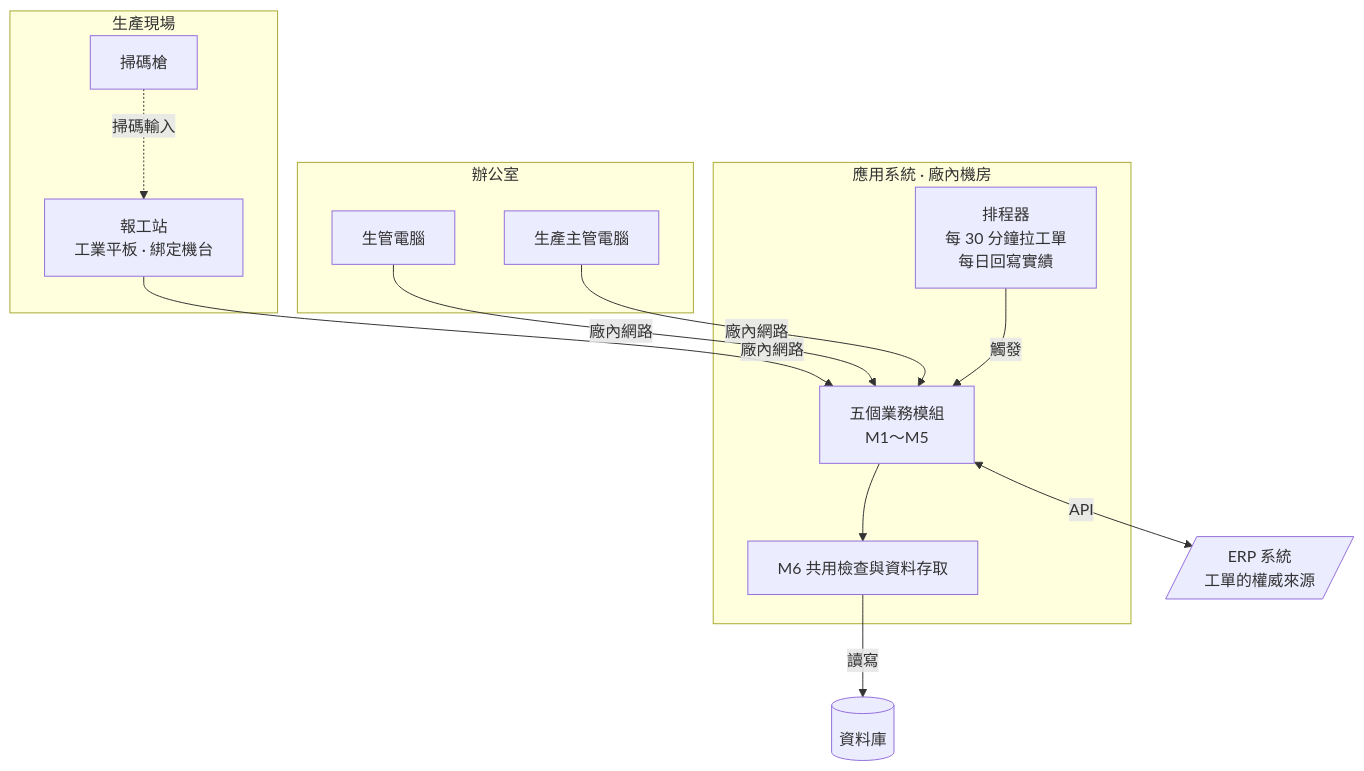
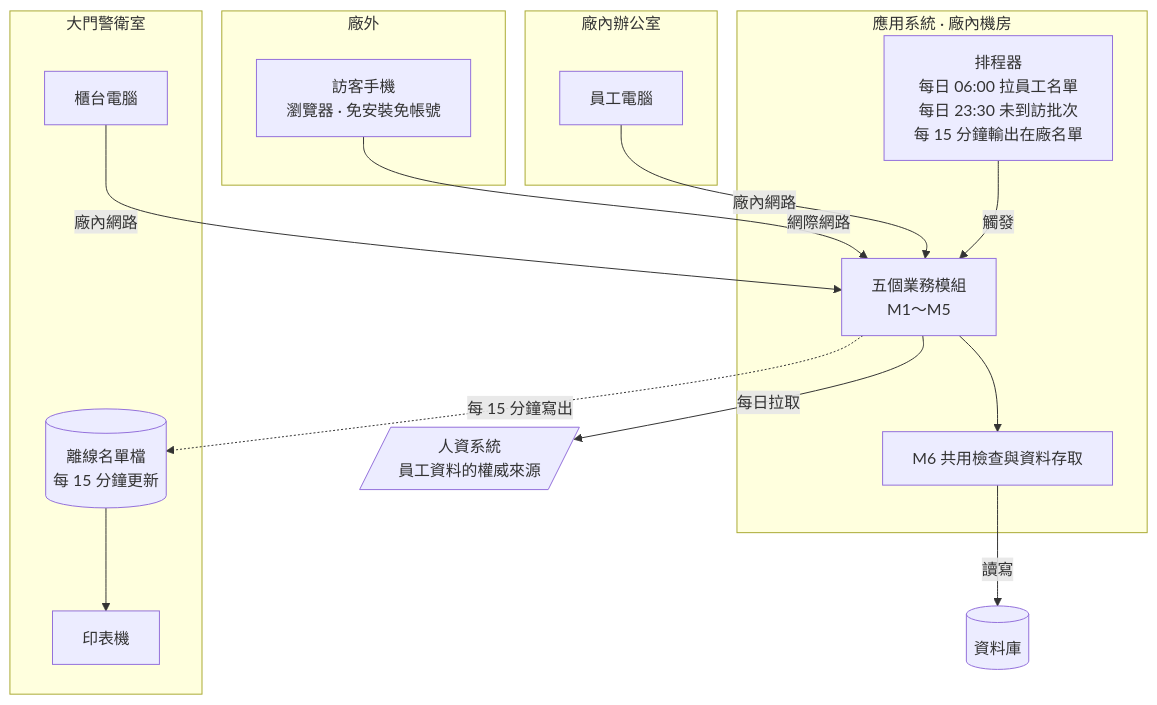
One commit to billy1125/system-analysis-and-design changed the eighth of 8 diagrams in 03-example-reports/Design-Phase-Sample-Report.md. Above: the diagram before and after it, drawn with Mermaid. The commit also changed other lines of this file and 30 other files, not shown here.

````diff
--- a/03-example-reports/Design-Phase-Sample-Report.md
+++ b/03-example-reports/Design-Phase-Sample-Report.md
@@ -744,30 +685,35 @@
 ```mermaid
 flowchart TB
-    subgraph SHOPFLOOR[生產現場]
-        T1[報工站<br/>工業平板 · 綁定機台]
-        SC[掃碼槍]
+    subgraph OUT[廠外]
+        P[訪客手機<br/>瀏覽器 · 免安裝免帳號]
     end
 
-    subgraph OFFICE[辦公室]
-        O1[生管電腦]
-        O2[生產主管電腦]
+    subgraph GATE[大門警衛室]
+        R1[櫃台電腦]
+        PR[印表機]
+        LF[(離線名單檔<br/>每 15 分鐘更新)]
+    end
+
+    subgraph OFFICE[廠內辦公室]
+        E1[員工電腦]
     end
 
     subgraph APP[應用系統 · 廠內機房]
         BIZ[五個業務模組<br/>M1～M5]
         M6[M6 共用檢查與資料存取]
-        SCH[排程器<br/>每 30 分鐘拉工單<br/>每日回寫實績]
+        SCH[排程器<br/>每日 06:00 拉員工名單<br/>每日 23:30 未到訪批次<br/>每 15 分鐘輸出在廠名單]
     end
 
     DB[(資料庫)]
-    ERP[/ERP 系統<br/>工單的權威來源/]
+    HR[/人資系統<br/>員工資料的權威來源/]
 
-    SC -.掃碼輸入.-> T1
-    T1 -->|廠內網路| BIZ
-    O1 -->|廠內網路| BIZ
-    O2 -->|廠內網路| BIZ
+    P -->|網際網路| BIZ
+    R1 -->|廠內網路| BIZ
+    E1 -->|廠內網路| BIZ
     BIZ --> M6
     M6 -->|讀寫| DB
     SCH -->|觸發| BIZ
-    BIZ <-->|API| ERP
+    BIZ -->|每日拉取| HR
+    BIZ -.每 15 分鐘寫出.-> LF
+    LF --> PR
 ```
````
